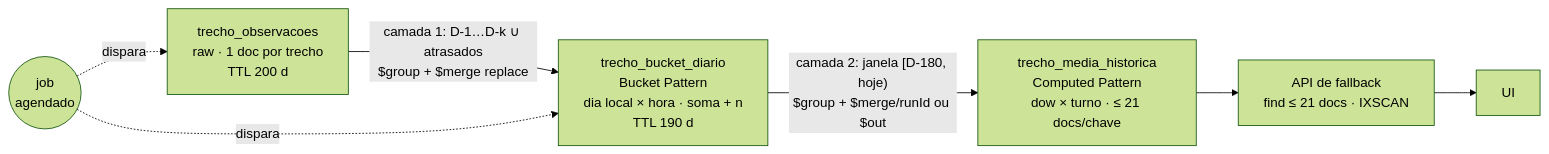
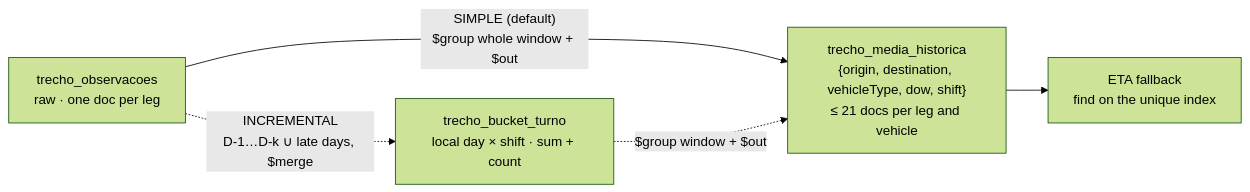
One commit to adrianofratelli-glitch/atlas-rolling-aggregates-frota changed the diagram in README.md. Above: the diagram before and after it, drawn with Mermaid (forest theme). The commit also changed other lines of this file and 55 other files, not shown here.

First line of the commit message:
feat: desenho simples como padrão, incremental por turno e release 1.0.0

````diff
--- a/README.md
+++ b/README.md
@@ -25,14 +96,11 @@
 ```mermaid
 flowchart LR
-  R["trecho_observacoes<br/>raw · 1 doc por trecho<br/>TTL 200 d"]
-  B["trecho_bucket_diario<br/>Bucket Pattern<br/>dia local × hora · soma + n<br/>TTL 190 d"]
-  M["trecho_media_historica<br/>Computed Pattern<br/>dow × turno · ≤ 21 docs/chave"]
-  J(("job<br/>agendado"))
-  A["API de fallback<br/>find ≤ 21 docs · IXSCAN"]
-  U["UI"]
-  R -- "camada 1: D-1…D-k ∪ atrasados<br/>$group + $merge replace" --> B
-  B -- "camada 2: janela [D-180, hoje)<br/>$group + $merge/runId ou $out" --> M
-  J -. dispara .-> R
-  J -. dispara .-> B
-  M --> A --> U
+  R["trecho_observacoes<br/>raw · one doc per leg"]
+  M["trecho_media_historica<br/>{origin, destination, vehicleType, dow, shift}<br/>≤ 21 docs per leg and vehicle"]
+  BT["trecho_bucket_turno<br/>local day × shift · sum + count"]
+  A["ETA fallback<br/>find on the unique index"]
+  R -- "SIMPLE (default)<br/>$group whole window + $out" --> M
+  R -. "INCREMENTAL<br/>D-1…D-k ∪ late days, $merge" .-> BT
+  BT -. "$group window + $out" .-> M
+  M --> A
 ```
````
